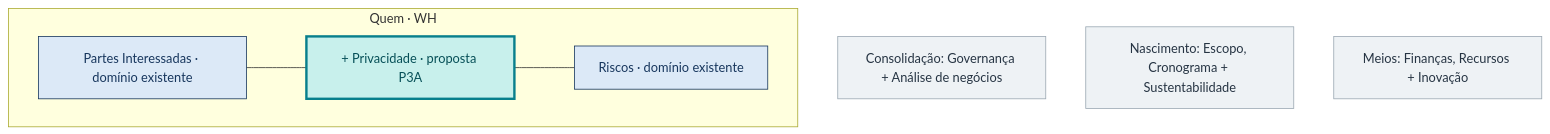
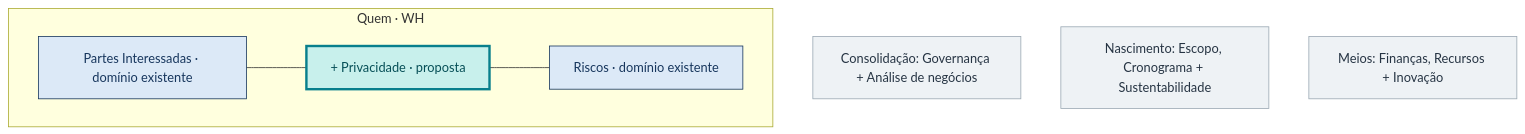
Before and after one commit to cadu-unb/_POS-PPCA-GPTI_2026-2: the first of 5 diagrams in _grupo/P3A/entregas/P3A_Privacidade2_Relatorio_PT.md, drawn with Mermaid. The commit also changed other lines of this file and 5 other files, not shown here.

````diff
--- a/_grupo/P3A/entregas/P3A_Privacidade2_Relatorio_PT.md
+++ b/_grupo/P3A/entregas/P3A_Privacidade2_Relatorio_PT.md
@@ -87,15 +103,15 @@
 ```mermaid
 flowchart TB
     CO["Consolidação: Governança + Análise de negócios"]
     BI["Nascimento: Escopo, Cronograma + Sustentabilidade"]
     ME["Meios: Finanças, Recursos + Inovação"]
     subgraph WH["Quem · WH"]
-        ST["Partes Interessadas · domínio existente"] --- PV["+ Privacidade · proposta P3A"] --- RI["Riscos · domínio existente"]
+        ST["Partes Interessadas · domínio existente"] --- PV["+ Privacidade · proposta"] --- RI["Riscos · domínio existente"]
     end
     classDef context fill:#eef2f5,stroke:#9ba8b3,color:#263443
     classDef existing fill:#dce9f7,stroke:#17365d,color:#17365d
     classDef proposed fill:#c8f0ec,stroke:#087f8c,stroke-width:3px,color:#064f57
     class CO,BI,ME context
     class ST,RI existing
     class PV proposed
 ```
````
